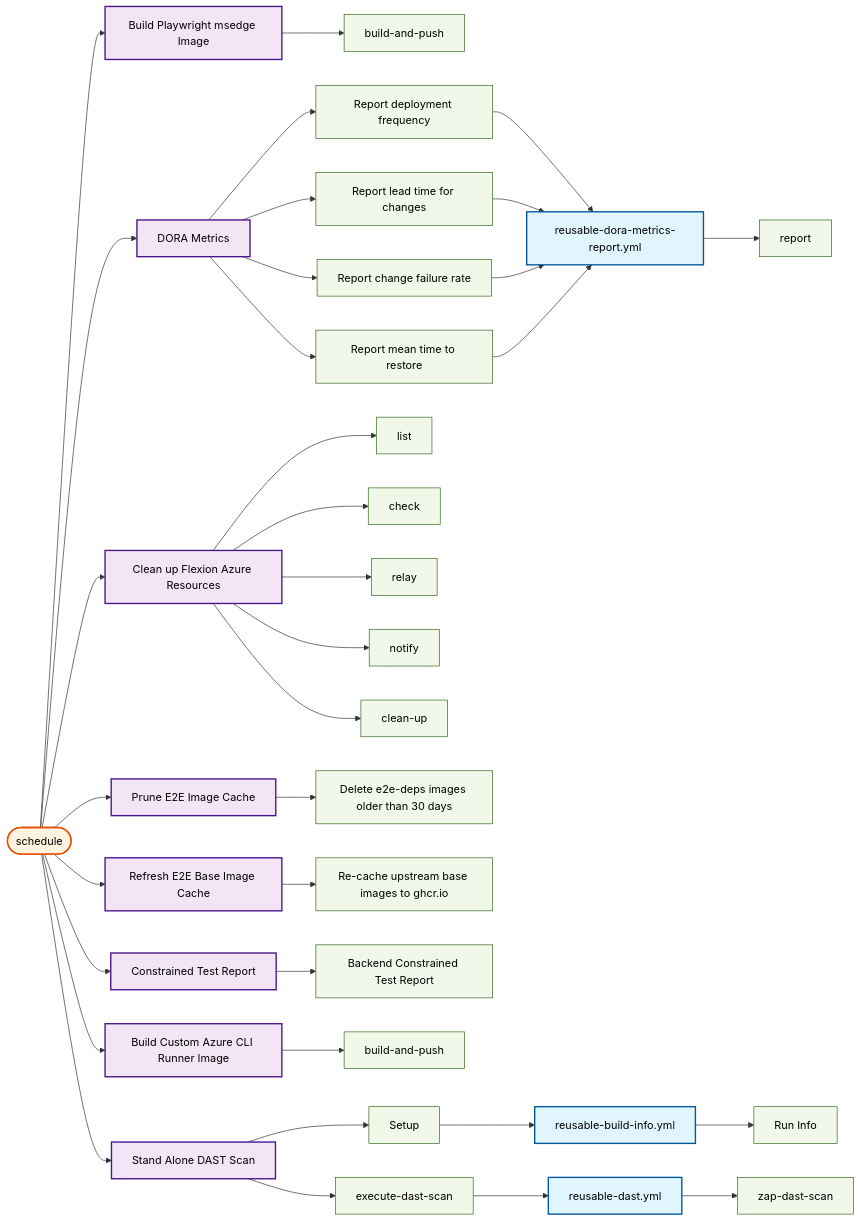
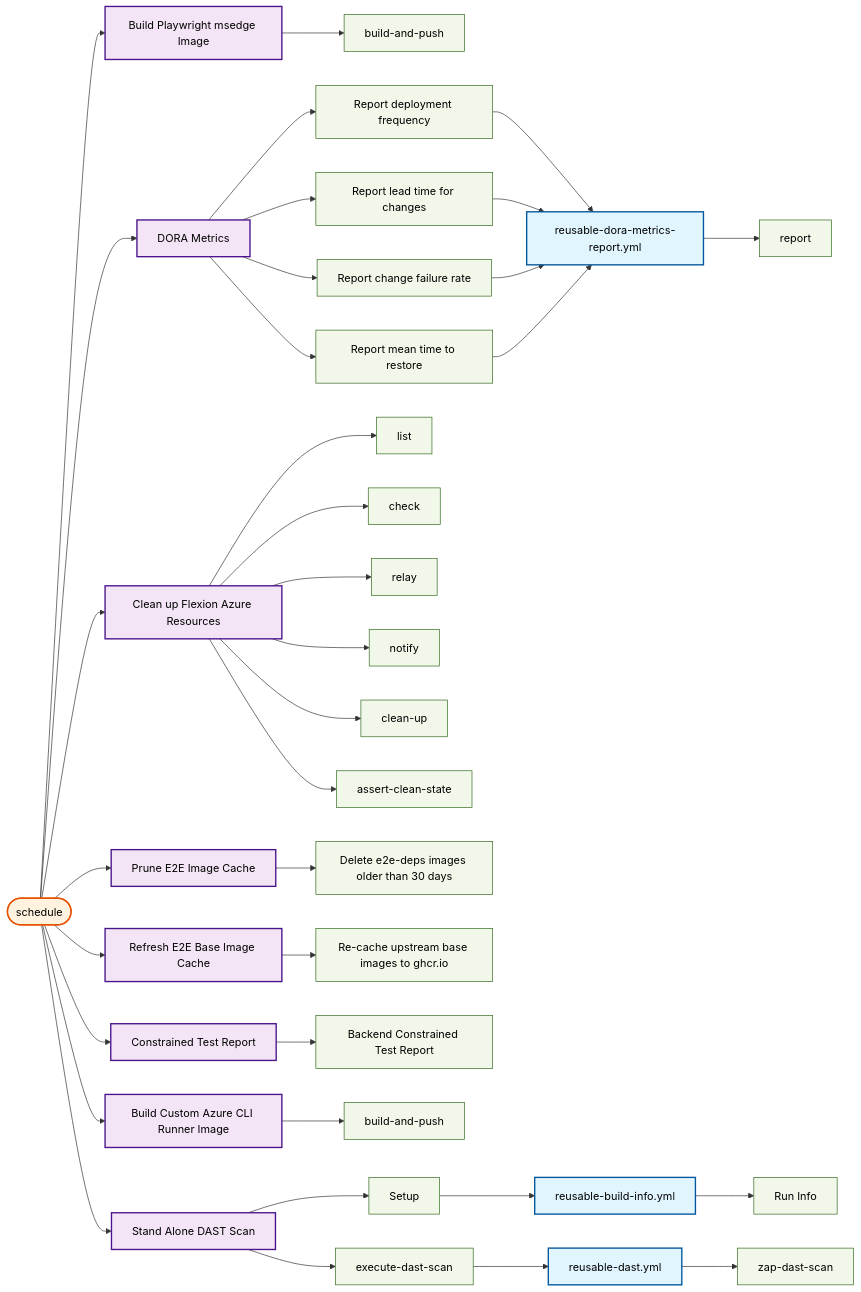
Before and after one commit to US-Trustee-Program/Bankruptcy-Oversight-Support-Systems: the ninth of 27 diagrams in docs/operations/workflow-diagram.md, drawn with Mermaid. The commit also changed other lines of this file and 1 other file, not shown here.

First line of the commit message:
Add end-state assertion for branch cleanup

```diff
--- a/docs/operations/workflow-diagram.md
+++ b/docs/operations/workflow-diagram.md
@@ -506,6 +509,7 @@
     azure_remove_branch_yml_relay["relay"]
     azure_remove_branch_yml_notify["notify"]
     azure_remove_branch_yml_clean_up["clean-up"]
+    azure_remove_branch_yml_assert_clean_state["assert-clean-state"]
     prune_e2e_image_cache_yml["Prune E2E Image Cache"]
     prune_e2e_image_cache_yml_prune["Delete e2e-deps images older than 30 days"]
     refresh_e2e_base_images_yml["Refresh E2E Base Image Cache"]
@@ -540,6 +544,7 @@
     azure_remove_branch_yml --> azure_remove_branch_yml_relay
     azure_remove_branch_yml --> azure_remove_branch_yml_notify
     azure_remove_branch_yml --> azure_remove_branch_yml_clean_up
+    azure_remove_branch_yml --> azure_remove_branch_yml_assert_clean_state
     trigger_schedule --> prune_e2e_image_cache_yml
     prune_e2e_image_cache_yml --> prune_e2e_image_cache_yml_prune
     trigger_schedule --> refresh_e2e_base_images_yml
@@ -577,6 +582,7 @@
     class azure_remove_branch_yml_relay job
     class azure_remove_branch_yml_notify job
     class azure_remove_branch_yml_clean_up job
+    class azure_remove_branch_yml_assert_clean_state job
     class prune_e2e_image_cache_yml mainWorkflow
     class prune_e2e_image_cache_yml_prune job
     class refresh_e2e_base_images_yml mainWorkflow
```
